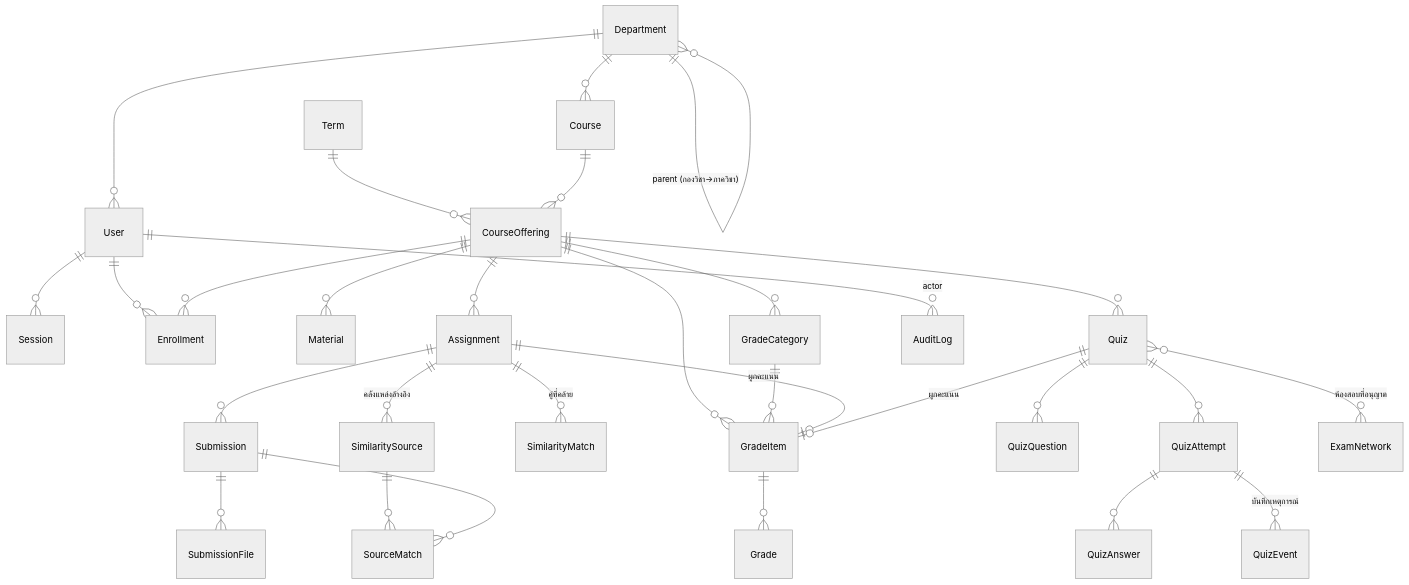
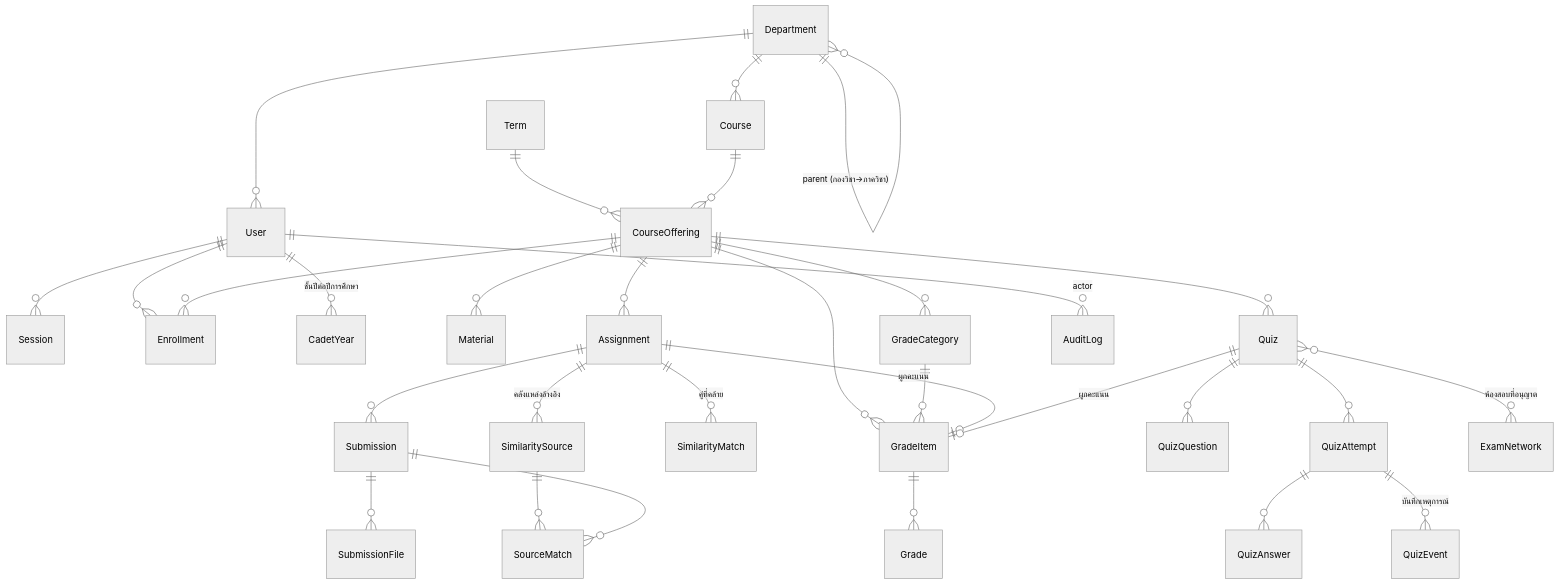
Before and after one commit to earthchawa/V.E.H.A.: the third of 4 diagrams in docs/technical/software-design.md, drawn with Mermaid (neutral theme). The commit also changed other lines of this file and 53 other files, not shown here.

````diff
--- a/docs/technical/software-design.md
+++ b/docs/technical/software-design.md
@@ -266,32 +266,33 @@
 ```mermaid
 erDiagram
   Department ||--o{ Department : "parent (กองวิชา→ภาควิชา)"
   Department ||--o{ Course : ""
   Department ||--o{ User : ""
   User ||--o{ Session : ""
   User ||--o{ Enrollment : ""
+  User ||--o{ CadetYear : "ชั้นปีต่อปีการศึกษา"
   Term ||--o{ CourseOffering : ""
   Course ||--o{ CourseOffering : ""
   CourseOffering ||--o{ Enrollment : ""
   CourseOffering ||--o{ Material : ""
   CourseOffering ||--o{ Assignment : ""
   CourseOffering ||--o{ Quiz : ""
   CourseOffering ||--o{ GradeCategory : ""
   CourseOffering ||--o{ GradeItem : ""
   Assignment ||--o{ Submission : ""
   Submission ||--o{ SubmissionFile : ""
   Assignment ||--o{ SimilarityMatch : "คู่ที่คล้าย"
   Assignment ||--o{ SimilaritySource : "คลังแหล่งอ้างอิง"
   SimilaritySource ||--o{ SourceMatch : ""
   Submission ||--o{ SourceMatch : ""
   GradeCategory ||--o{ GradeItem : ""
   GradeItem ||--o{ Grade : ""
   Assignment ||--o| GradeItem : "ผูกคะแนน"
   Quiz ||--o| GradeItem : "ผูกคะแนน"
   Quiz ||--o{ QuizQuestion : ""
   Quiz ||--o{ QuizAttempt : ""
   QuizAttempt ||--o{ QuizAnswer : ""
   QuizAttempt ||--o{ QuizEvent : "บันทึกเหตุการณ์"
   Quiz }o--o{ ExamNetwork : "ห้องสอบที่อนุญาต"
   User ||--o{ AuditLog : "actor"
 ```
````
